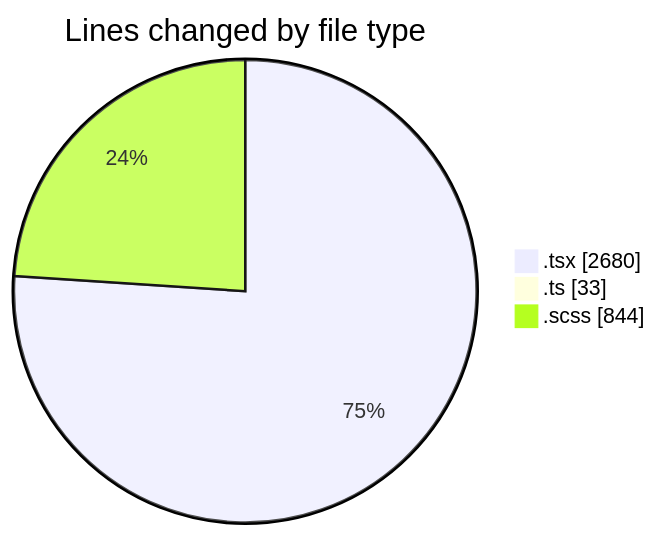
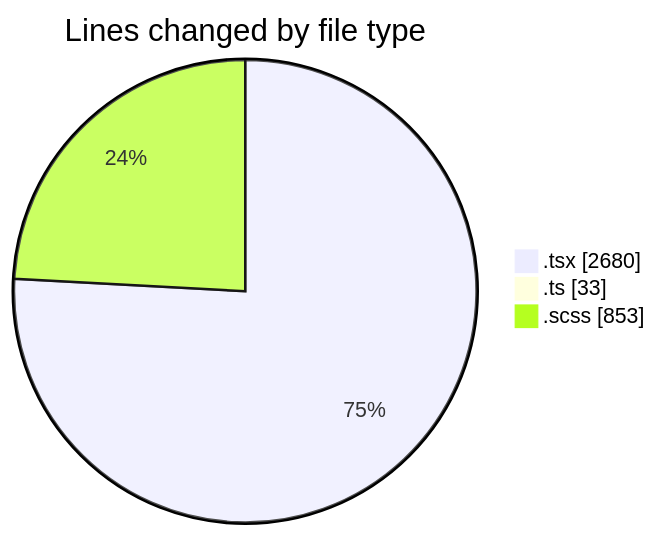
The first of 2 diagrams in 2025-02-12/cda/README.md (momahboobian/code-tracking), drawn with Mermaid before and after one commit. The commit also changed other lines of this file and 1 other file, not shown here.

````diff
--- a/2025-02-12/cda/README.md
+++ b/2025-02-12/cda/README.md
@@ -29,7 +29,7 @@
 ```mermaid
 pie showData
 title Lines changed by file type
 ".tsx" : 2680
 ".ts" : 33
-".scss" : 844
+".scss" : 853
 ```
````
